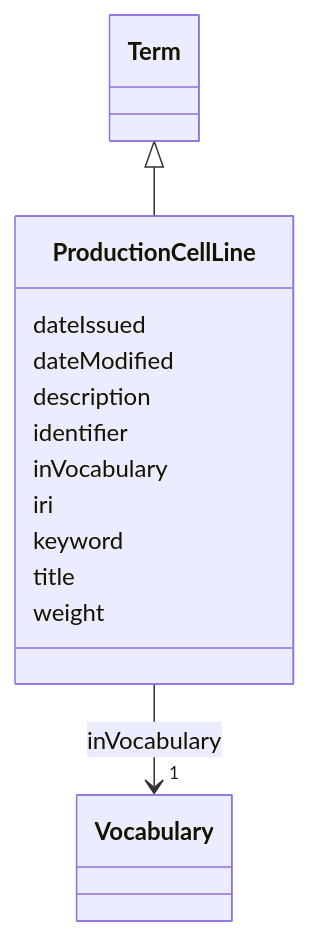
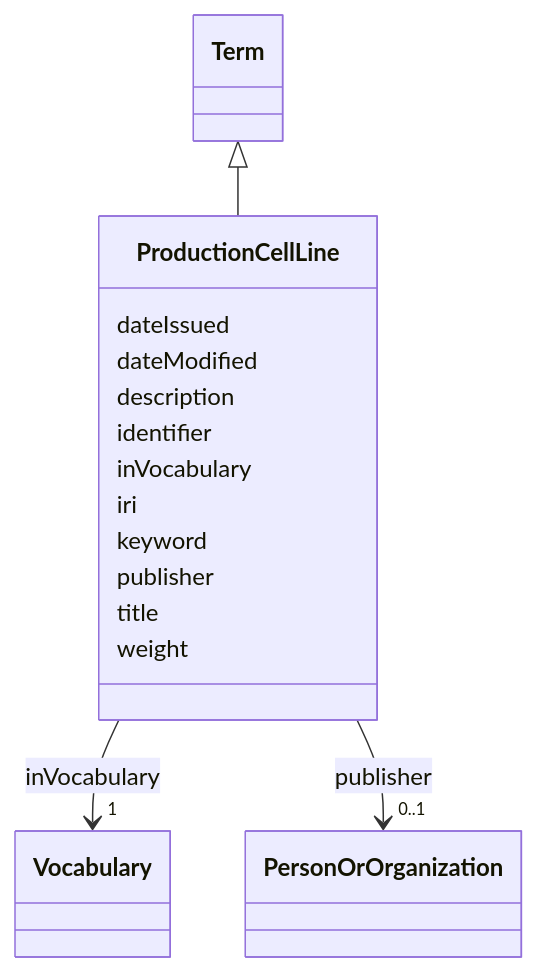
The diagram in models/docs/ProductionCellLine.md (EVORA-project/evora-ontology), drawn with Mermaid before and after one commit. The commit also changed other lines of this file and 468 other files, not shown here.

````diff
--- a/models/docs/ProductionCellLine.md
+++ b/models/docs/ProductionCellLine.md
@@ -19,34 +19,43 @@
 ```mermaid
  classDiagram
     class ProductionCellLine
     click ProductionCellLine href "../ProductionCellLine"
       Term <|-- ProductionCellLine
         click Term href "../Term"
       
       ProductionCellLine : dateIssued
         
       ProductionCellLine : dateModified
         
       ProductionCellLine : description
         
       ProductionCellLine : identifier
         
       ProductionCellLine : inVocabulary
         
           
     
     
     ProductionCellLine --> "1" Vocabulary : inVocabulary
     click Vocabulary href "../Vocabulary"
 
         
       ProductionCellLine : iri
         
       ProductionCellLine : keyword
         
+      ProductionCellLine : publisher
+        
+          
+    
+    
+    ProductionCellLine --> "0..1" PersonOrOrganization : publisher
+    click PersonOrOrganization href "../PersonOrOrganization"
+
+        
       ProductionCellLine : title
         
       ProductionCellLine : weight
         
       
 ```
````
